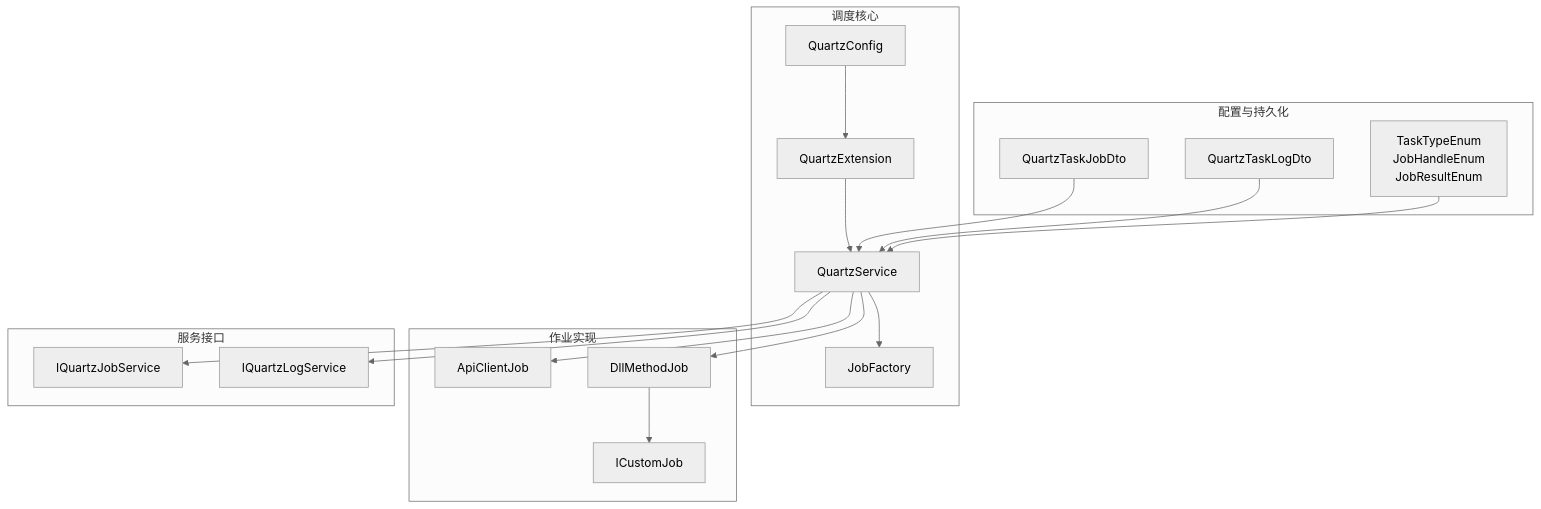
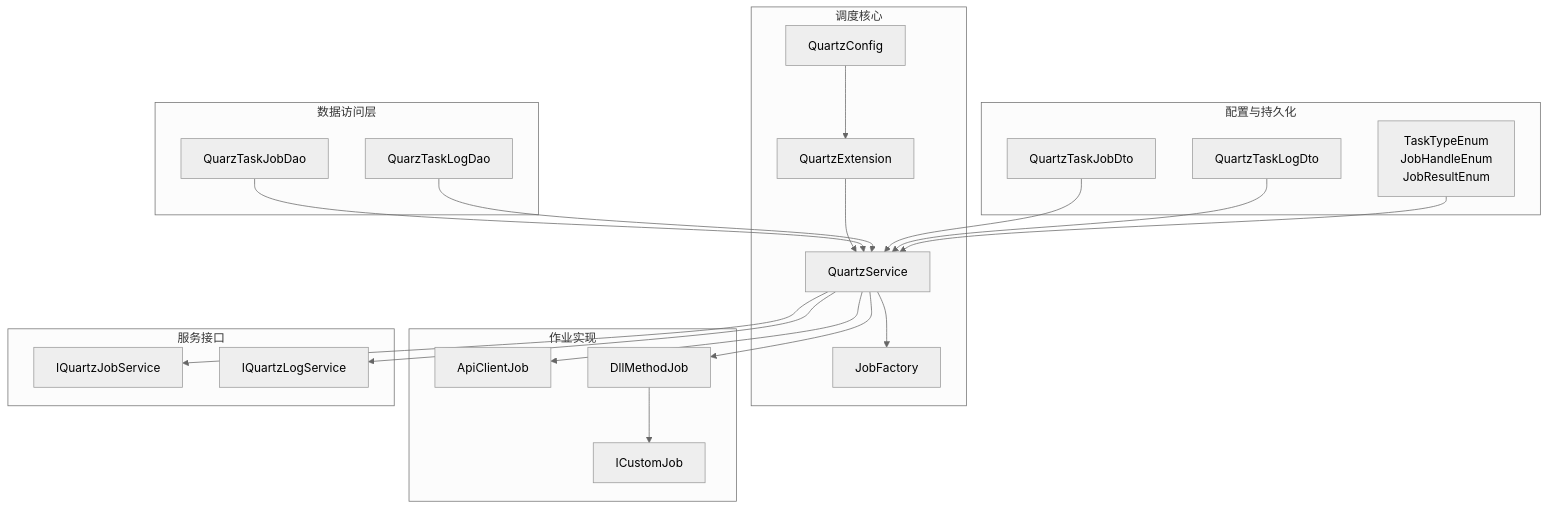
One commit to leadiot/Scm.Net changed the first of 7 diagrams in .qoder/repowiki/zh/content/任务调度系统/任务调度系统.md. Above: the diagram before and after it, drawn with Mermaid (neutral theme). The commit also changed other lines of this file and 126 other files, not shown here.

````diff
--- a/.qoder/repowiki/zh/content/任务调度系统/任务调度系统.md
+++ b/.qoder/repowiki/zh/content/任务调度系统/任务调度系统.md
@@ -48,34 +60,40 @@
 ```mermaid
 graph TB
 subgraph "调度核心"
 QS["QuartzService"]
 JF["JobFactory"]
 EXT["QuartzExtension"]
 CFG["QuartzConfig"]
 end
 subgraph "作业实现"
 APIJ["ApiClientJob"]
 DLLJ["DllMethodJob"]
 IJOB["ICustomJob"]
 end
 subgraph "服务接口"
 IQJS["IQuartzJobService"]
 IQLS["IQuartzLogService"]
 end
+subgraph "数据访问层"
+DAOJ["QuarzTaskJobDao"]
+DAOL["QuarzTaskLogDao"]
+end
 subgraph "配置与持久化"
 DTOJ["QuartzTaskJobDto"]
 DTOL["QuartzTaskLogDto"]
 ENUMS["TaskTypeEnum<br/>JobHandleEnum<br/>JobResultEnum"]
 end
 EXT --> QS
 QS --> JF
 QS --> IQJS
 QS --> IQLS
 QS --> APIJ
 QS --> DLLJ
 DLLJ --> IJOB
 CFG --> EXT
+DAOJ --> QS
+DAOL --> QS
 DTOJ --> QS
 DTOL --> QS
 ENUMS --> QS
 ```
````
